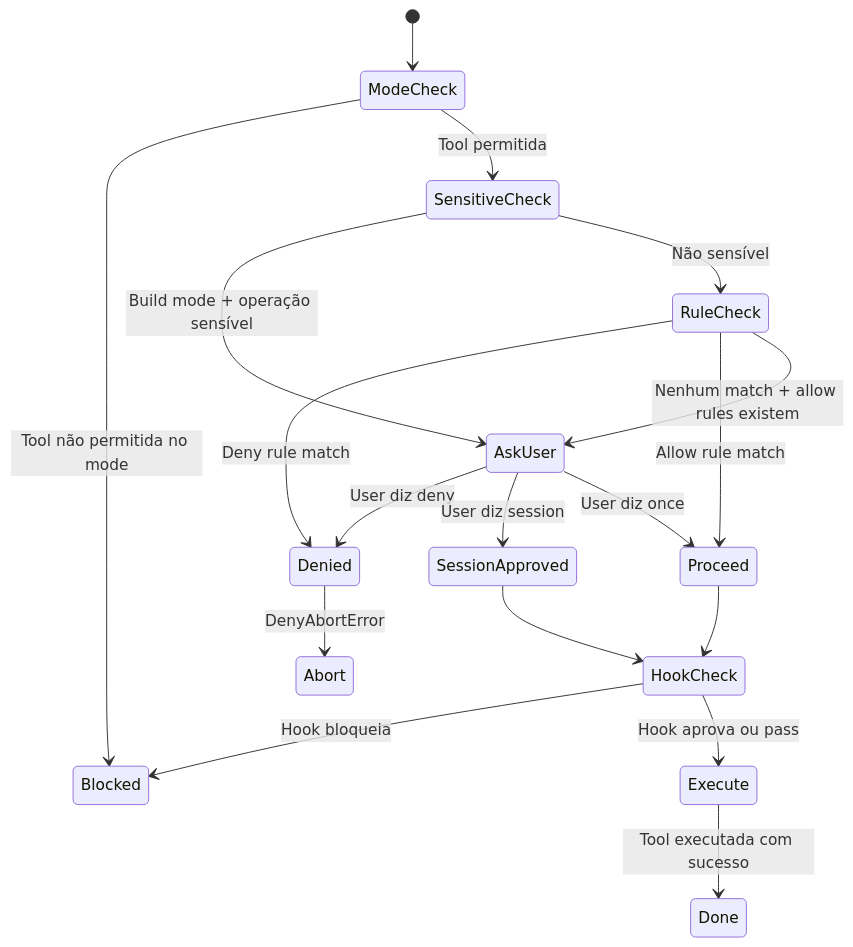
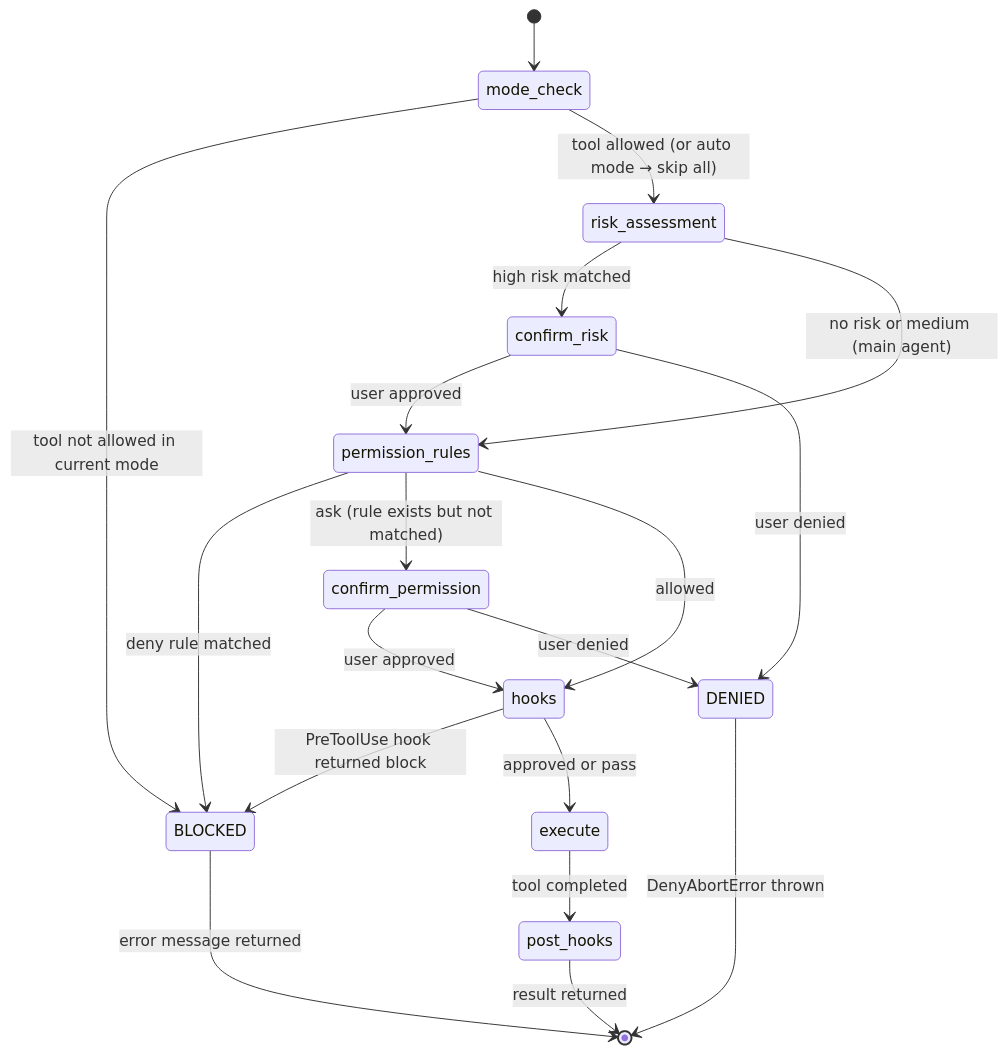
The third of 8 diagrams in _reversa_sdd/state-machines.md (Hermenics/deepseek-code), drawn with Mermaid before and after one commit. The commit also changed other lines of this file and 75 other files, not shown here.

First line of the commit message:
docs(sdd): translate ADRs and architecture docs to English, reorganize proxy module

````diff
--- a/_reversa_sdd/state-machines.md
+++ b/_reversa_sdd/state-machines.md
@@ -126,28 +72,27 @@
 ```mermaid
 stateDiagram-v2
-    [*] --> ModeCheck
+    [*] --> mode_check
 
-    ModeCheck --> Blocked : Tool não permitida no mode
-    ModeCheck --> SensitiveCheck : Tool permitida
+    mode_check --> BLOCKED : tool not allowed in current mode
+    mode_check --> risk_assessment : tool allowed (or auto mode → skip all)
 
-    SensitiveCheck --> AskUser : Build mode + operação sensível
-    SensitiveCheck --> RuleCheck : Não sensível
+    risk_assessment --> confirm_risk : high risk matched
+    risk_assessment --> permission_rules : no risk or medium (main agent)
+    confirm_risk --> permission_rules : user approved
+    confirm_risk --> DENIED : user denied
 
-    AskUser --> Denied : User diz deny
-    AskUser --> SessionApproved : User diz session
-    AskUser --> Proceed : User diz once
+    permission_rules --> BLOCKED : deny rule matched
+    permission_rules --> confirm_permission : ask (rule exists but not matched)
+    permission_rules --> hooks : allowed
+    confirm_permission --> hooks : user approved
+    confirm_permission --> DENIED : user denied
 
-    RuleCheck --> Denied : Deny rule match
-    RuleCheck --> Proceed : Allow rule match
-    RuleCheck --> AskUser : Nenhum match + allow rules existem
+    hooks --> BLOCKED : PreToolUse hook returned block
+    hooks --> execute : approved or pass
 
-    Proceed --> HookCheck
-    SessionApproved --> HookCheck
+    execute --> post_hooks : tool completed
+    post_hooks --> [*] : result returned
 
-    HookCheck --> Blocked : Hook bloqueia
-    HookCheck --> Execute : Hook aprova ou pass
-
-    Execute --> Done : Tool executada com sucesso
-
-    Denied --> Abort : DenyAbortError
+    BLOCKED --> [*] : error message returned
+    DENIED --> [*] : DenyAbortError thrown
 ```
````
